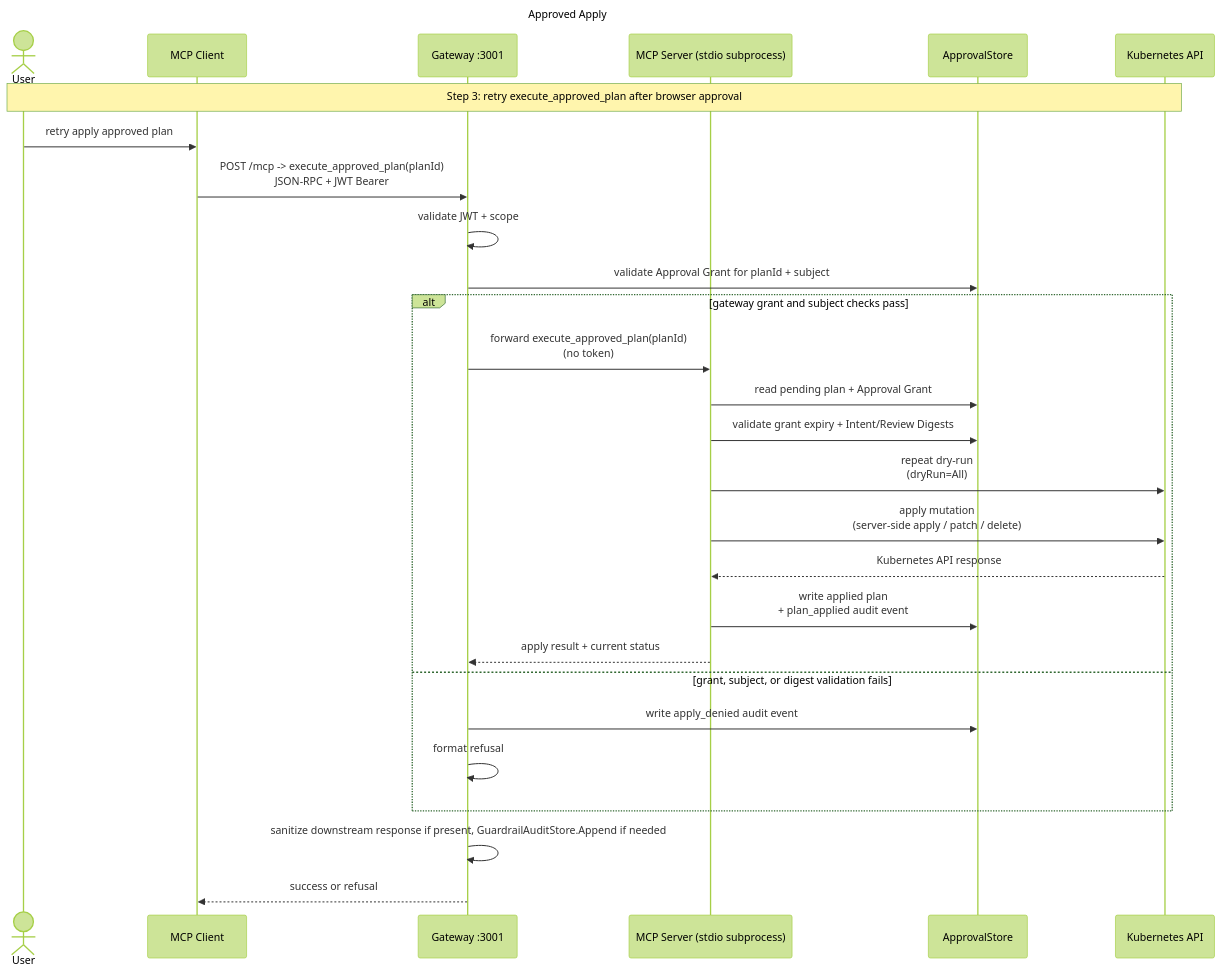
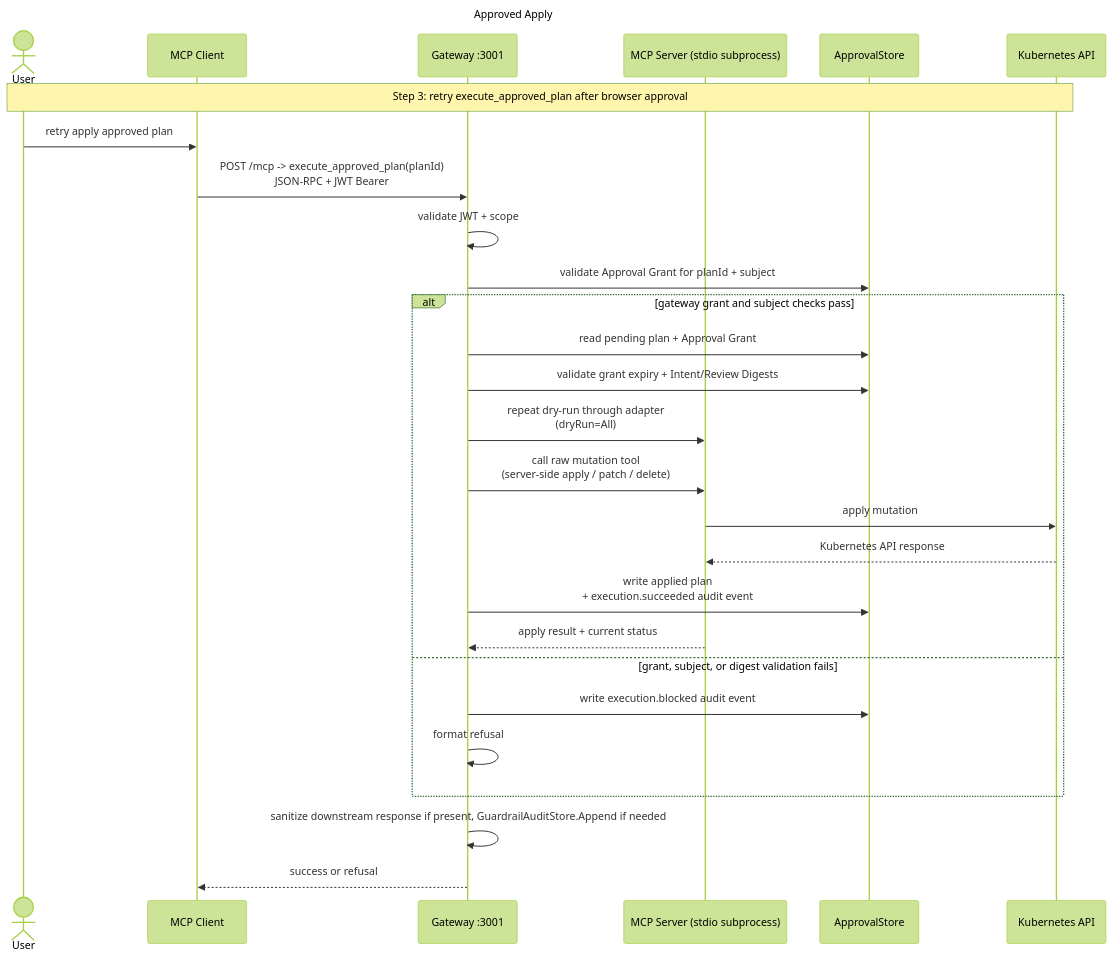
Before and after one commit to mirusser/Kubernetes-MCP-Guard: the sixth of 7 diagrams in docs/architecture.md, drawn with Mermaid (forest theme). The commit also changed other lines of this file and 47 other files, not shown here.

Commit message:
feature:approval-flow drift mitigation

````diff
--- a/docs/architecture.md
+++ b/docs/architecture.md
@@ -263,35 +266,35 @@
 ```mermaid
 ---
 title: Approved Apply
 ---
 sequenceDiagram
     actor User
     participant Client as MCP Client
     participant GW as Gateway :3001
     participant Svr as MCP Server (stdio subprocess)
     participant Store as ApprovalStore
     participant K8s as Kubernetes API
 
     Note over User,K8s: Step 3: retry execute_approved_plan after browser approval
 
     User->>Client: retry apply approved plan
     Client->>GW: POST /mcp -> execute_approved_plan(planId)<br/>JSON-RPC + JWT Bearer
     GW->>GW: validate JWT + scope
     GW->>Store: validate Approval Grant for planId + subject
     alt gateway grant and subject checks pass
-        GW->>Svr: forward execute_approved_plan(planId)<br/>(no token)
-        Svr->>Store: read pending plan + Approval Grant
-        Svr->>Store: validate grant expiry + Intent/Review Digests
-        Svr->>K8s: repeat dry-run<br/>(dryRun=All)
-        Svr->>K8s: apply mutation<br/>(server-side apply / patch / delete)
+        GW->>Store: read pending plan + Approval Grant
+        GW->>Store: validate grant expiry + Intent/Review Digests
+        GW->>Svr: repeat dry-run through adapter<br/>(dryRun=All)
+        GW->>Svr: call raw mutation tool<br/>(server-side apply / patch / delete)
+        Svr->>K8s: apply mutation
         K8s-->>Svr: Kubernetes API response
-        Svr->>Store: write applied plan<br/>+ plan_applied audit event
+        GW->>Store: write applied plan<br/>+ execution.succeeded audit event
         Svr-->>GW: apply result + current status
     else grant, subject, or digest validation fails
-        GW->>Store: write apply_denied audit event
+        GW->>Store: write execution.blocked audit event
         GW->>GW: format refusal
     end
 
     GW->>GW: sanitize downstream response if present, GuardrailAuditStore.Append if needed
     GW-->>Client: success or refusal
 ```
````
